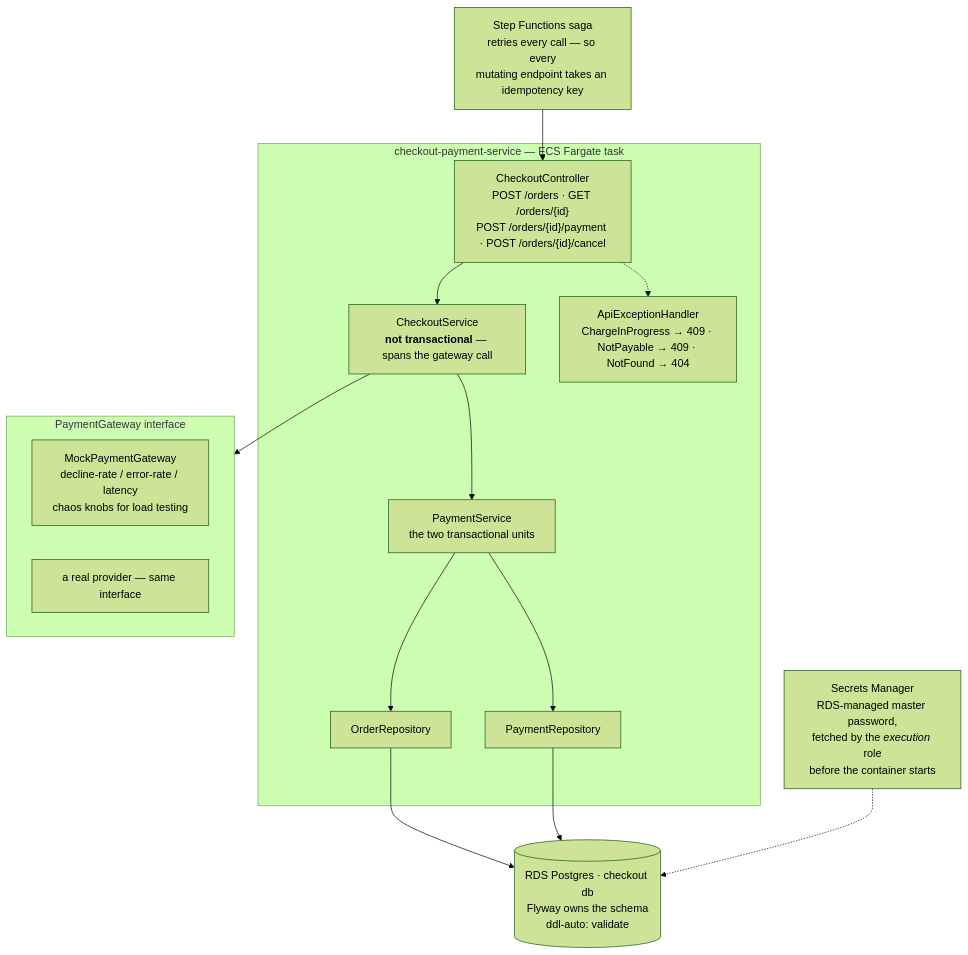
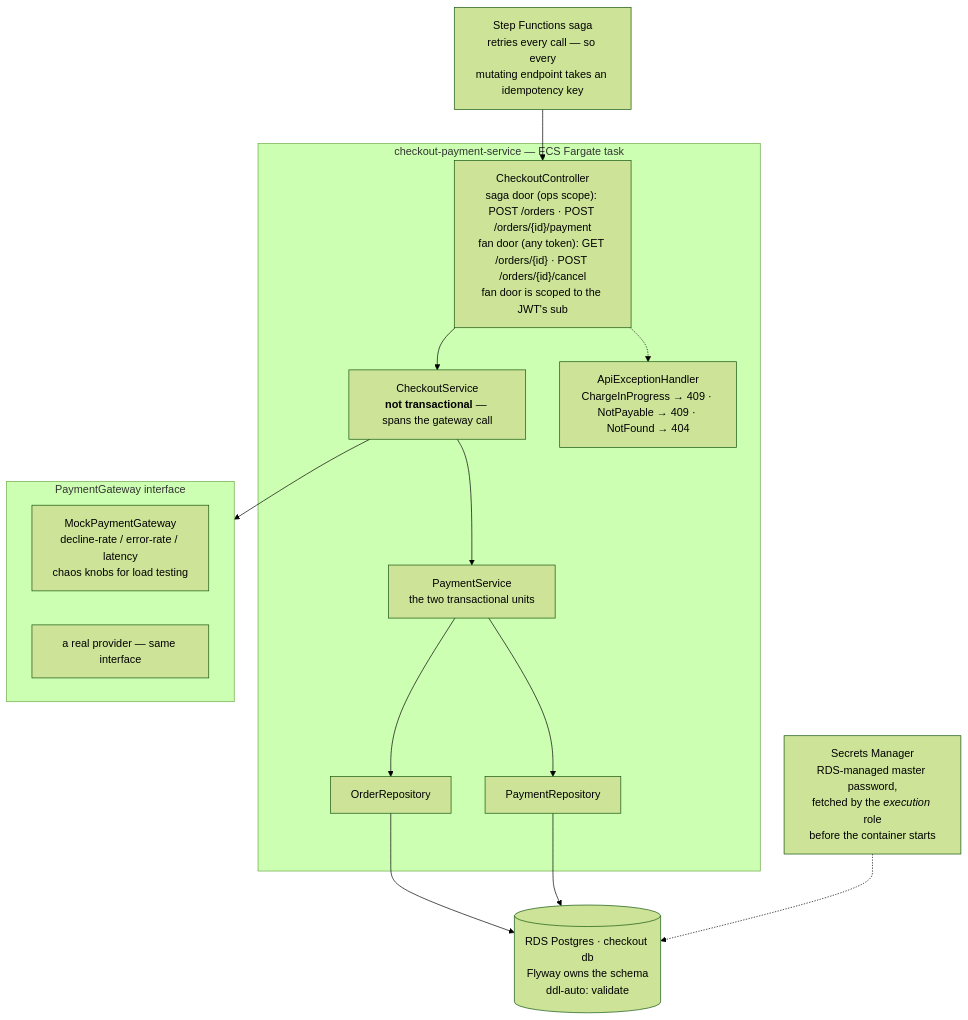
The first of 5 diagrams in checkout-payment-service/ARCHITECTURE.md (daliborjelicanin/ticket-waiting-room-aws), drawn with Mermaid (forest theme) before and after one commit. The commit also changed 65 other files, not shown here.

````diff
--- a/checkout-payment-service/ARCHITECTURE.md
+++ b/checkout-payment-service/ARCHITECTURE.md
@@ -13,26 +13,26 @@
 ```mermaid
 flowchart TB
     SFN["Step Functions saga<br/>retries every call — so every<br/>mutating endpoint takes an idempotency key"]
 
     subgraph svc["checkout-payment-service — ECS Fargate task"]
-        CC["CheckoutController<br/>POST /orders · GET /orders/{id}<br/>POST /orders/{id}/payment · POST /orders/{id}/cancel"]
+        CC["CheckoutController<br/>saga door (ops scope): POST /orders · POST /orders/{id}/payment<br/>fan door (any token): GET /orders/{id} · POST /orders/{id}/cancel<br/>fan door is scoped to the JWT's sub"]
         CS["CheckoutService<br/><b>not transactional</b> — spans the gateway call"]
         PS["PaymentService<br/>the two transactional units"]
         OR["OrderRepository"]
         PR["PaymentRepository"]
         EH["ApiExceptionHandler<br/>ChargeInProgress → 409 · NotPayable → 409 · NotFound → 404"]
     end
 
     subgraph gw["PaymentGateway interface"]
         MOCK["MockPaymentGateway<br/>decline-rate / error-rate / latency<br/>chaos knobs for load testing"]
         REAL["a real provider — same interface"]
     end
 
     PGDB[("RDS Postgres · checkout db<br/>Flyway owns the schema<br/>ddl-auto: validate")]
 
     SFN --> CC --> CS
     CC -.-> EH
     CS --> PS --> OR & PR --> PGDB
     CS --> gw
     SM["Secrets Manager<br/>RDS-managed master password,<br/>fetched by the <i>execution</i> role<br/>before the container starts"] -.-> PGDB
 ```
````
